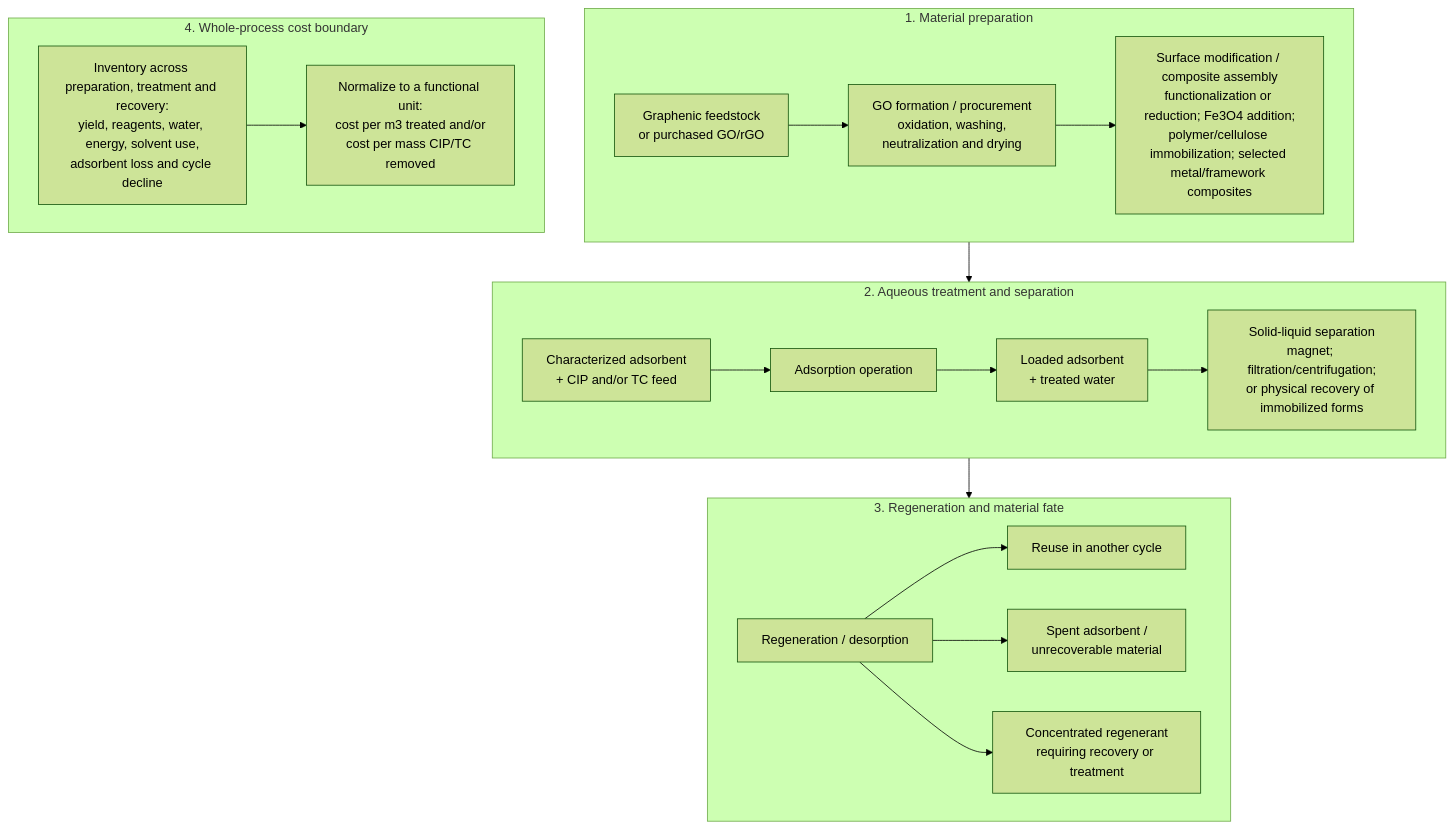
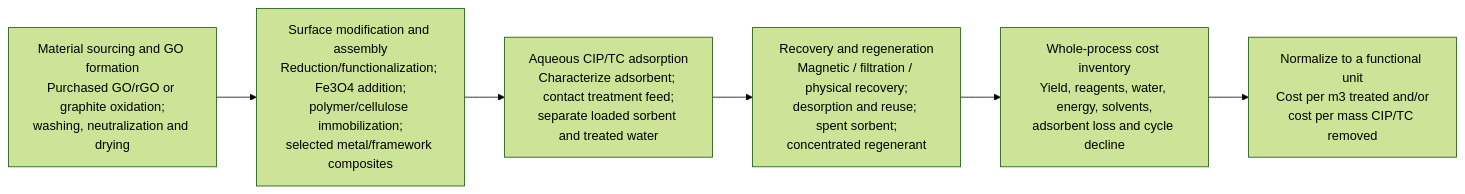
Before and after one commit to zaidkhan005/reviewAdsorbants: the diagram in manuscript/SEMESTER_FIGURE_2_PROCESS_RECOVERY_COST_BOUNDARY_V1.md, drawn with Mermaid (forest theme).

Commit message:
Compact Figure 2 to a left-to-right cost-boundary workflow

````diff
--- a/manuscript/SEMESTER_FIGURE_2_PROCESS_RECOVERY_COST_BOUNDARY_V1.md
+++ b/manuscript/SEMESTER_FIGURE_2_PROCESS_RECOVERY_COST_BOUNDARY_V1.md
@@ -5,23 +5,9 @@
 ```mermaid
-flowchart TB
-  subgraph PREP["1. Material preparation"]
-    direction LR
-    A["Graphenic feedstock<br/>or purchased GO/rGO"] --> B["GO formation / procurement<br/>oxidation, washing,<br/>neutralization and drying"] --> C["Surface modification / composite assembly<br/>functionalization or reduction; Fe3O4 addition;<br/>polymer/cellulose immobilization; selected metal/framework composites"]
-  end
-  subgraph TREAT["2. Aqueous treatment and separation"]
-    direction LR
-    D["Characterized adsorbent<br/>+ CIP and/or TC feed"] --> E["Adsorption operation"] --> F["Loaded adsorbent<br/>+ treated water"] --> G["Solid-liquid separation<br/>magnet; filtration/centrifugation;<br/>or physical recovery of immobilized forms"]
-  end
-  subgraph REC["3. Regeneration and material fate"]
-    direction LR
-    H["Regeneration / desorption"] --> I["Reuse in another cycle"]
-    H --> J["Spent adsorbent /<br/>unrecoverable material"]
-    H --> K["Concentrated regenerant<br/>requiring recovery or treatment"]
-  end
-  subgraph COST["4. Whole-process cost boundary"]
-    direction LR
-    L["Inventory across preparation, treatment and recovery:<br/>yield, reagents, water, energy, solvent use,<br/>adsorbent loss and cycle decline"] --> M["Normalize to a functional unit:<br/>cost per m3 treated and/or<br/>cost per mass CIP/TC removed"]
-  end
-  C --> D
-  G --> H
+flowchart LR
+  A["Material sourcing and GO formation<br/>Purchased GO/rGO or graphite oxidation;<br/>washing, neutralization and drying"] -->
+  B["Surface modification and assembly<br/>Reduction/functionalization; Fe3O4 addition;<br/>polymer/cellulose immobilization;<br/>selected metal/framework composites"] -->
+  C["Aqueous CIP/TC adsorption<br/>Characterize adsorbent; contact treatment feed;<br/>separate loaded sorbent and treated water"] -->
+  D["Recovery and regeneration<br/>Magnetic / filtration / physical recovery;<br/>desorption and reuse; spent sorbent;<br/>concentrated regenerant"] -->
+  E["Whole-process cost inventory<br/>Yield, reagents, water, energy, solvents,<br/>adsorbent loss and cycle decline"] -->
+  F["Normalize to a functional unit<br/>Cost per m3 treated and/or<br/>cost per mass CIP/TC removed"]
 ```
````
